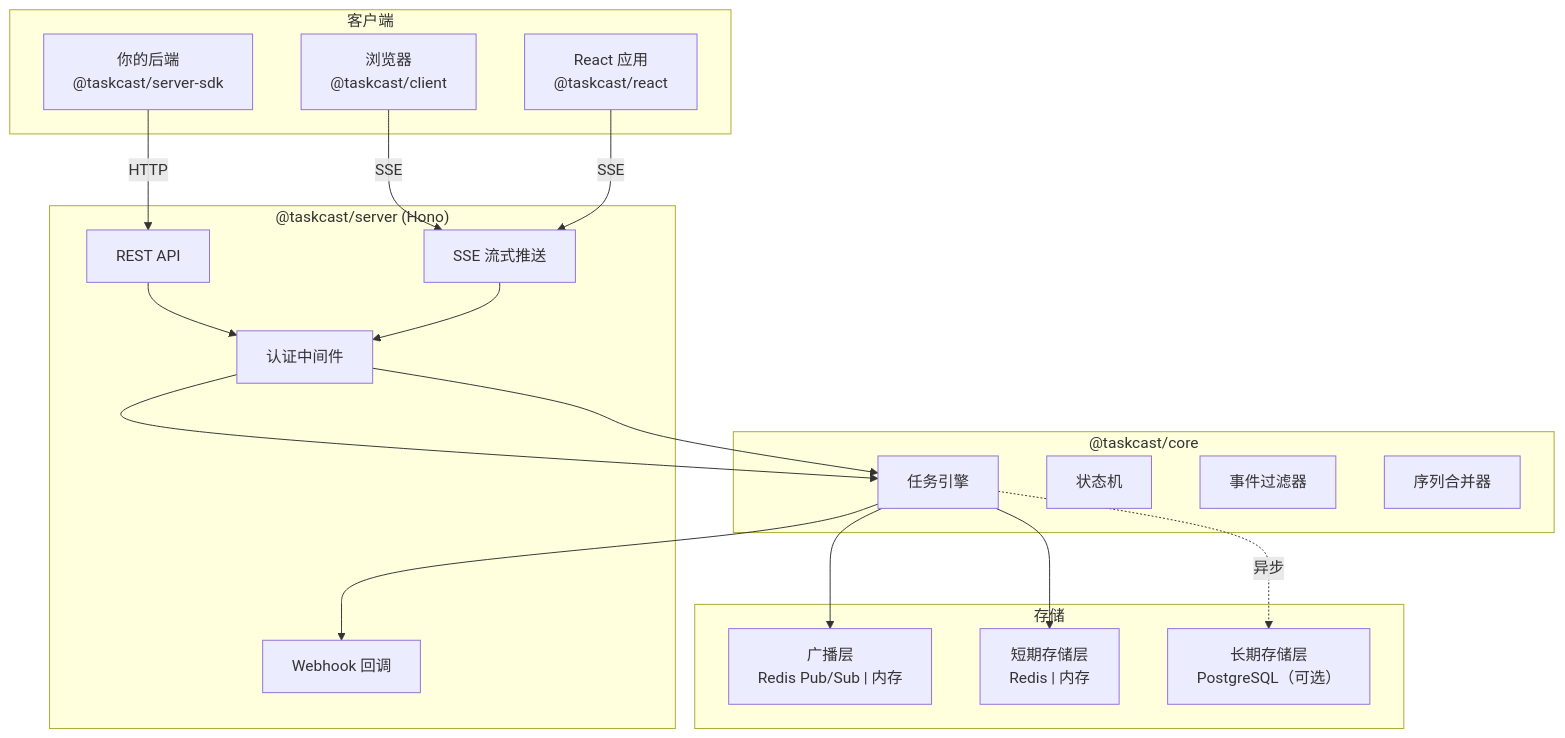
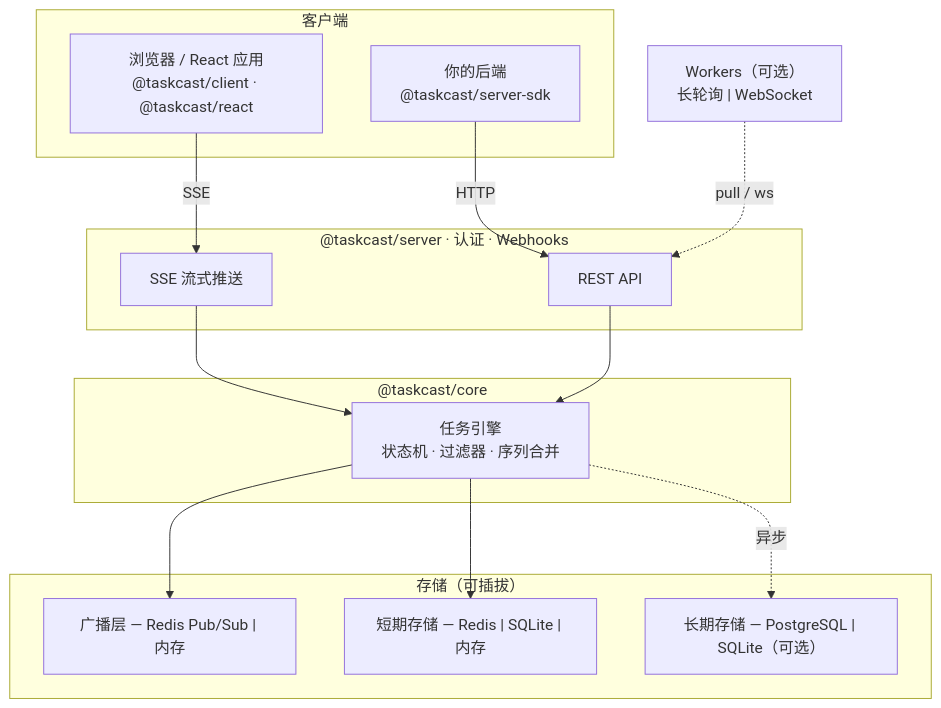
The first of 2 diagrams in README.zh.md (weightwave/taskcast), drawn with Mermaid before and after one commit. The commit also changed other lines of this file and 48 other files, not shown here.

````diff
--- a/README.zh.md
+++ b/README.zh.md
@@ -32,40 +34,33 @@
 ```mermaid
 graph TB
     subgraph 客户端
-        Browser["浏览器<br/>@taskcast/client"]
-        ReactApp["React 应用<br/>@taskcast/react"]
+        Browser["浏览器 / React 应用<br/>@taskcast/client · @taskcast/react"]
         Backend["你的后端<br/>@taskcast/server-sdk"]
     end
 
-    subgraph 服务端["@taskcast/server (Hono)"]
+    Workers["Workers（可选）<br/>长轮询 | WebSocket"]
+
+    subgraph 服务端["@taskcast/server · 认证 · Webhooks"]
         REST["REST API"]
         SSE["SSE 流式推送"]
-        Auth["认证中间件"]
-        Webhook["Webhook 回调"]
     end
 
-    subgraph 引擎["@taskcast/core"]
-        TaskEngine["任务引擎"]
-        StateMachine["状态机"]
-        Filter["事件过滤器"]
-        Series["序列合并器"]
+    subgraph 核心["@taskcast/core"]
+        Engine["任务引擎<br/>状态机 · 过滤器 · 序列合并"]
     end
 
-    subgraph 存储
-        Broadcast["广播层<br/>Redis Pub/Sub | 内存"]
-        ShortTerm["短期存储层<br/>Redis | 内存"]
-        LongTerm["长期存储层<br/>PostgreSQL（可选）"]
+    subgraph 存储["存储（可插拔）"]
+        Broadcast["广播层 — Redis Pub/Sub | 内存"]
+        ShortTerm["短期存储 — Redis | SQLite | 内存"]
+        LongTerm["长期存储 — PostgreSQL | SQLite（可选）"]
     end
 
     Browser -->|SSE| SSE
-    ReactApp -->|SSE| SSE
     Backend -->|HTTP| REST
-
-    REST --> Auth --> TaskEngine
-    SSE --> Auth --> TaskEngine
-
-    TaskEngine --> Broadcast
-    TaskEngine --> ShortTerm
-    TaskEngine -.->|异步| LongTerm
-    TaskEngine --> Webhook
+    Workers -.->|pull / ws| REST
+    REST --> Engine
+    SSE --> Engine
+    Engine --> Broadcast
+    Engine --> ShortTerm
+    Engine -.->|异步| LongTerm
 ```
````
